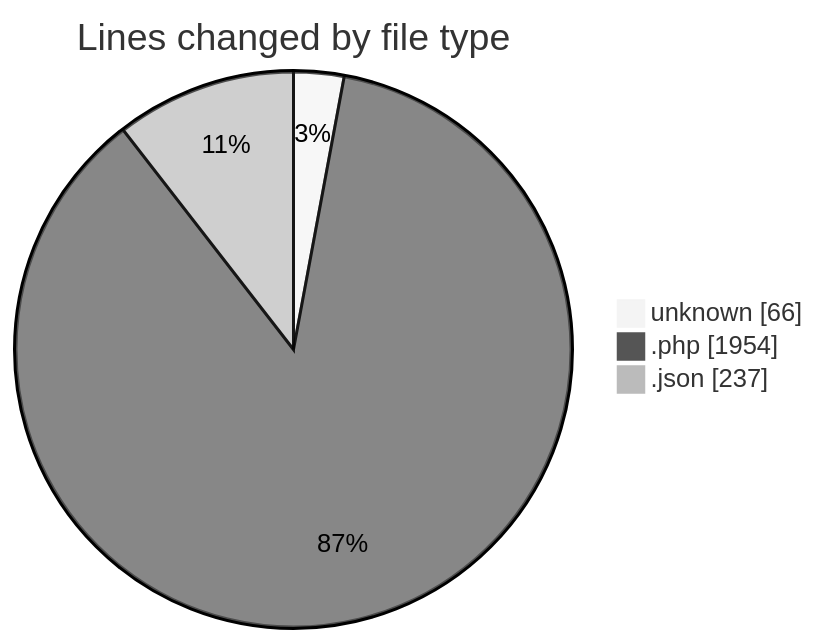
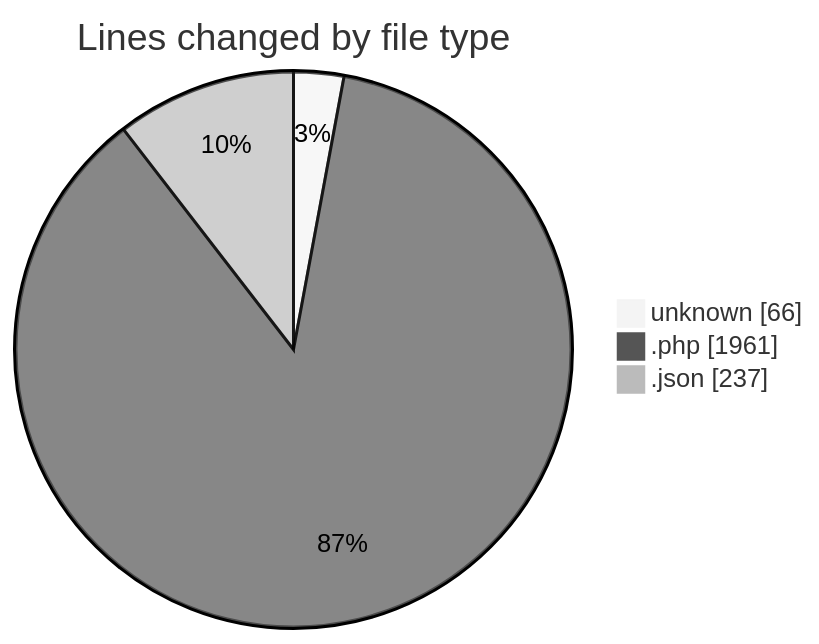
One commit to idhammustaqopulfikri/code-tracking changed the first of 2 diagrams in 2025-05-15/bookingpodcas/README.md. Above: the diagram before and after it, drawn with Mermaid (neutral theme). The commit also changed other lines of this file and 1 other file, not shown here.

````diff
--- a/2025-05-15/bookingpodcas/README.md
+++ b/2025-05-15/bookingpodcas/README.md
@@ -26,7 +26,7 @@
 ```mermaid
 pie showData
 title Lines changed by file type
 "unknown" : 66
-".php" : 1954
+".php" : 1961
 ".json" : 237
 ```
````
